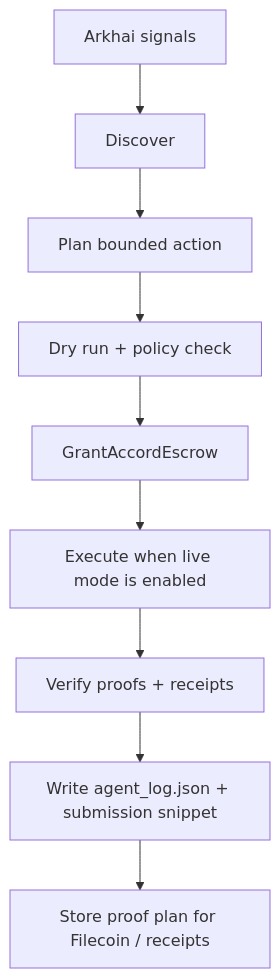
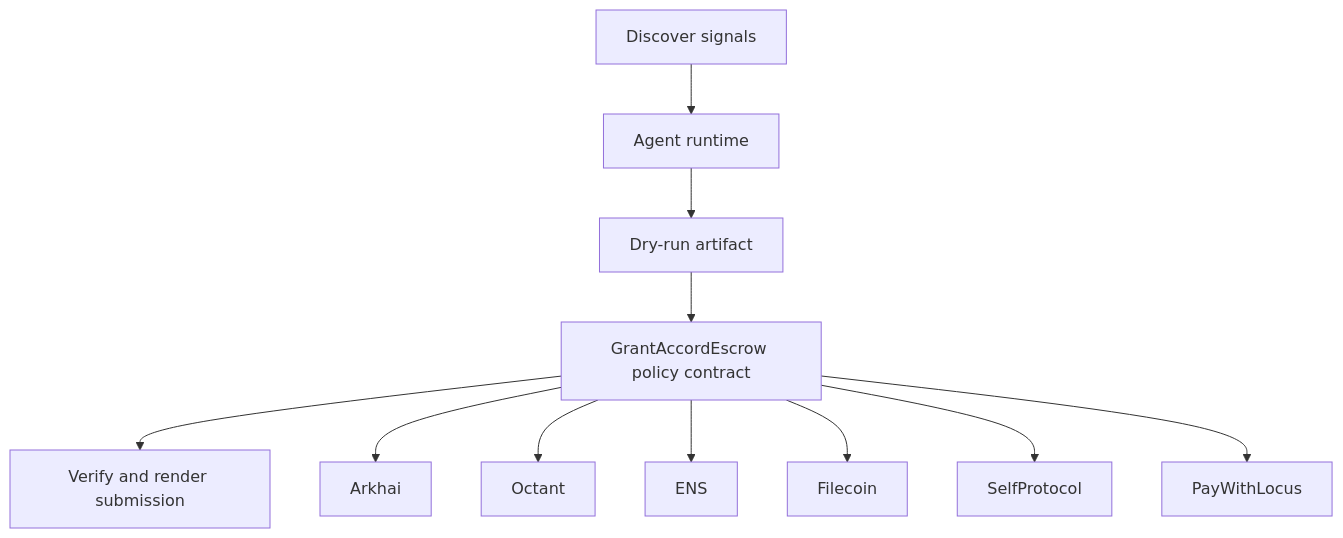
Before and after one commit to CrystallineButterfly/Synthesis-Arkhai: the diagram in docs/architecture.mmd, drawn with Mermaid. The commit also changed 998 other files, not shown here.

Commit message:
Implement bounded agent runtime

```diff
--- a/docs/architecture.mmd
+++ b/docs/architecture.mmd
@@ -1,9 +1,13 @@
 flowchart TD
-    Signals[Arkhai signals] --> Discover[Discover]
-    Discover --> Plan[Plan bounded action]
-    Plan --> DryRun[Dry run + policy check]
-    DryRun --> Guard[GrantAccordEscrow]
-    Guard --> Execute[Execute when live mode is enabled]
-    Execute --> Verify[Verify proofs + receipts]
-    Verify --> Persist[Write agent_log.json + submission snippet]
-    Persist --> Storage[Store proof plan for Filecoin / receipts]
+    Signals[Discover signals]
+    Planner[Agent runtime]
+    DryRun[Dry-run artifact]
+    Contract[GrantAccordEscrow policy contract]
+    Verify[Verify and render submission]
+    Signals --> Planner --> DryRun --> Contract --> Verify
+    Contract --> arkhai[Arkhai]
+    Contract --> octant[Octant]
+    Contract --> ens[ENS]
+    Contract --> filecoin[Filecoin]
+    Contract --> selfprotocol[SelfProtocol]
+    Contract --> paywithlocus[PayWithLocus]
```
